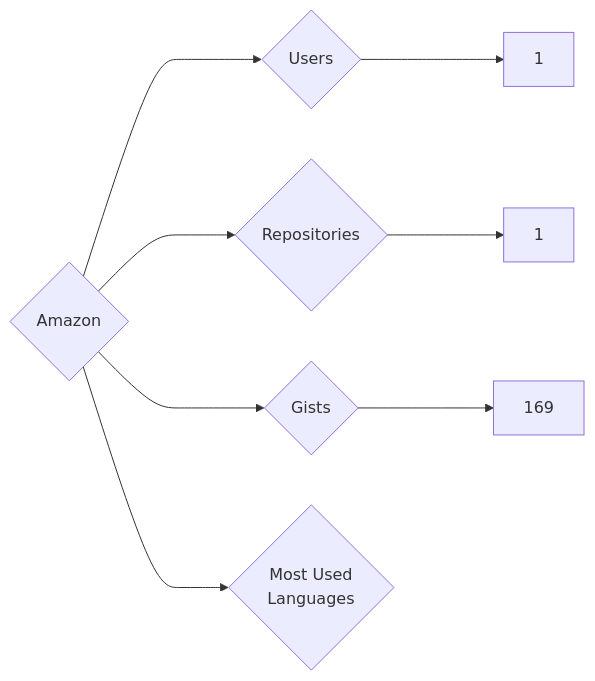
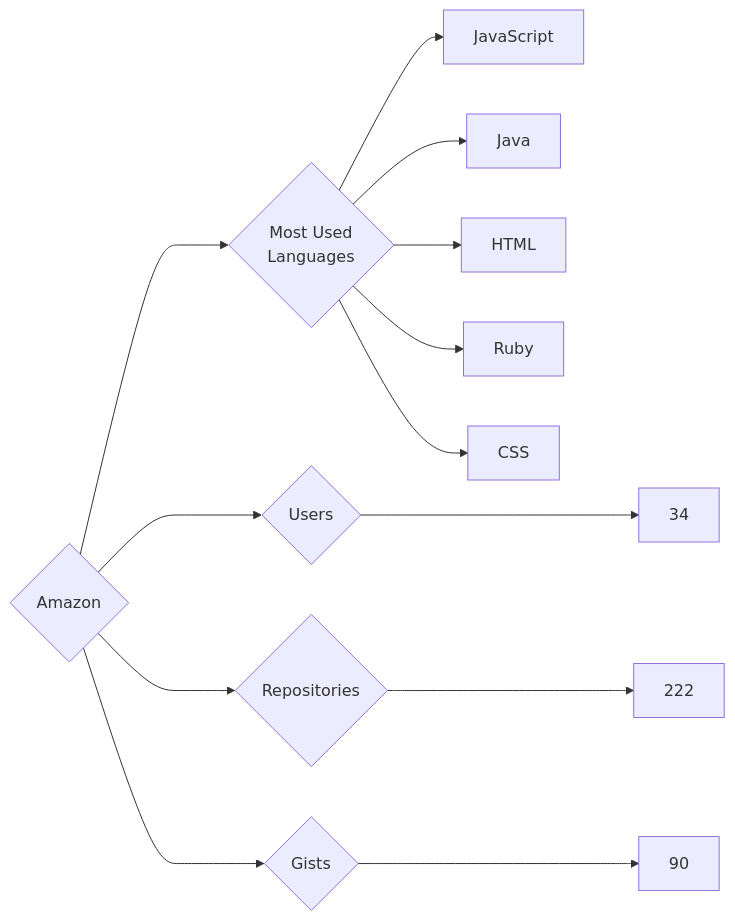
The diagram in targets/Amazon/README.md (trickest/insiders), drawn with Mermaid before and after one commit. The commit also changed 639 other files, not shown here.

````diff
--- a/targets/Amazon/README.md
+++ b/targets/Amazon/README.md
@@ -3,8 +3,13 @@
 ```mermaid
 graph LR
 COMPANY_NAME{Amazon}
-COMPANY_NAME ---> U{Users} ---> UN[1]
-COMPANY_NAME ---> R{Repositories} ---> RN[1]
-COMPANY_NAME ---> G{Gists} ---> GN[169]
+COMPANY_NAME ---> U{Users} ---> UN[34]
+COMPANY_NAME ---> R{Repositories} ---> RN[222]
+COMPANY_NAME ---> G{Gists} ---> GN[90]
 COMPANY_NAME ---> ML{Most Used<br>Languages}
+ML --> JavaScript[JavaScript]
+ML --> Java[Java]
+ML --> HTML[HTML]
+ML --> Ruby[Ruby]
+ML --> CSS[CSS]
 ```
````
